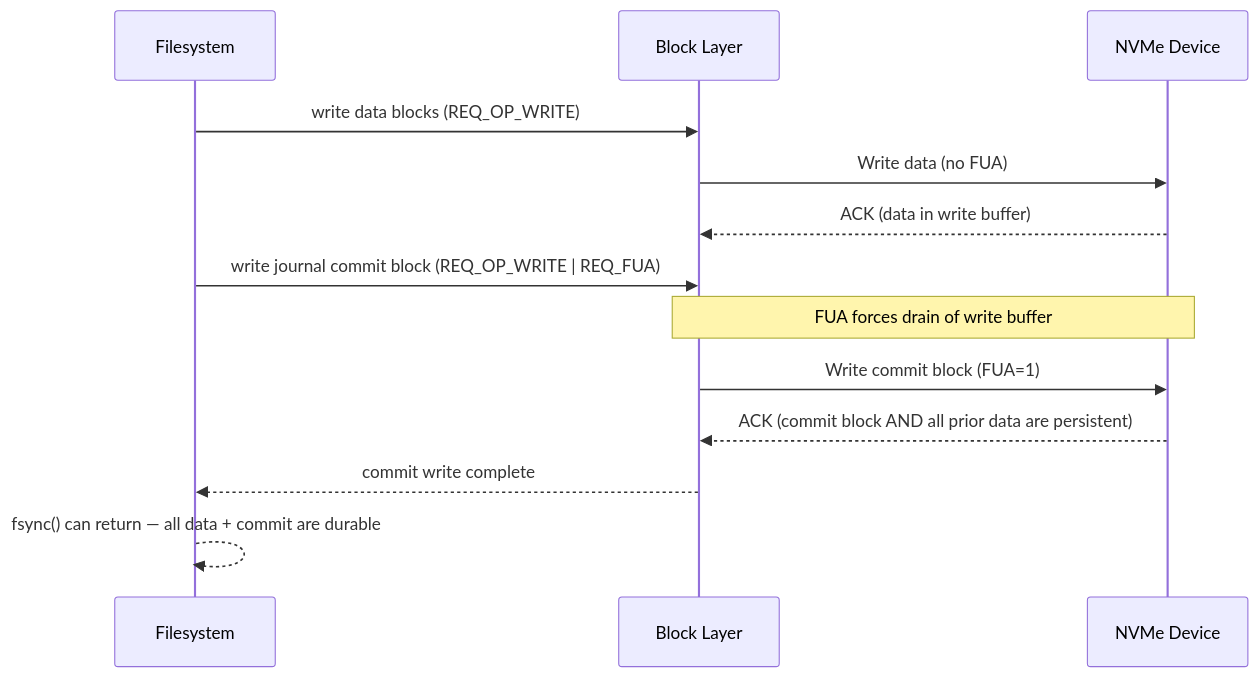
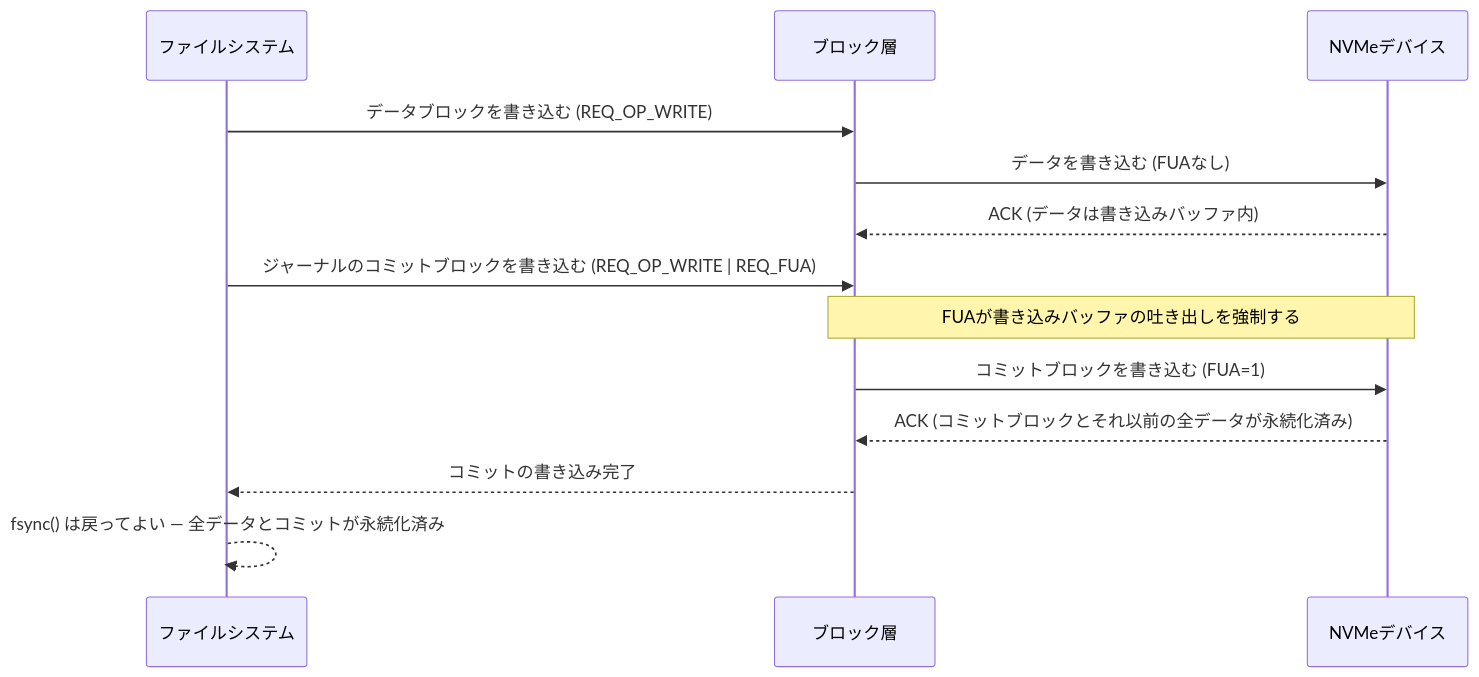
Before and after one commit to doguto/linux-kernel-internals-jp: the diagram in docs/io/fsync-fdatasync.md, drawn with Mermaid. The commit also changed other lines of this file and 2 other files, not shown here.

````diff
--- a/docs/io/fsync-fdatasync.md
+++ b/docs/io/fsync-fdatasync.md
@@ -501,18 +501,18 @@
 ```mermaid
 sequenceDiagram
-    participant FS as Filesystem
-    participant BLK as Block Layer
-    participant DEV as NVMe Device
+    participant FS as ファイルシステム
+    participant BLK as ブロック層
+    participant DEV as NVMeデバイス
 
-    FS->>BLK: write data blocks (REQ_OP_WRITE)
-    BLK->>DEV: Write data (no FUA)
-    DEV-->>BLK: ACK (data in write buffer)
+    FS->>BLK: データブロックを書き込む (REQ_OP_WRITE)
+    BLK->>DEV: データを書き込む (FUAなし)
+    DEV-->>BLK: ACK (データは書き込みバッファ内)
 
-    FS->>BLK: write journal commit block (REQ_OP_WRITE | REQ_FUA)
-    Note over BLK,DEV: FUA forces drain of write buffer
-    BLK->>DEV: Write commit block (FUA=1)
-    DEV-->>BLK: ACK (commit block AND all prior data are persistent)
+    FS->>BLK: ジャーナルのコミットブロックを書き込む (REQ_OP_WRITE | REQ_FUA)
+    Note over BLK,DEV: FUAが書き込みバッファの吐き出しを強制する
+    BLK->>DEV: コミットブロックを書き込む (FUA=1)
+    DEV-->>BLK: ACK (コミットブロックとそれ以前の全データが永続化済み)
 
-    BLK-->>FS: commit write complete
-    FS-->>FS: fsync() can return — all data + commit are durable
+    BLK-->>FS: コミットの書き込み完了
+    FS-->>FS: fsync() は戻ってよい — 全データとコミットが永続化済み
 ```
````
